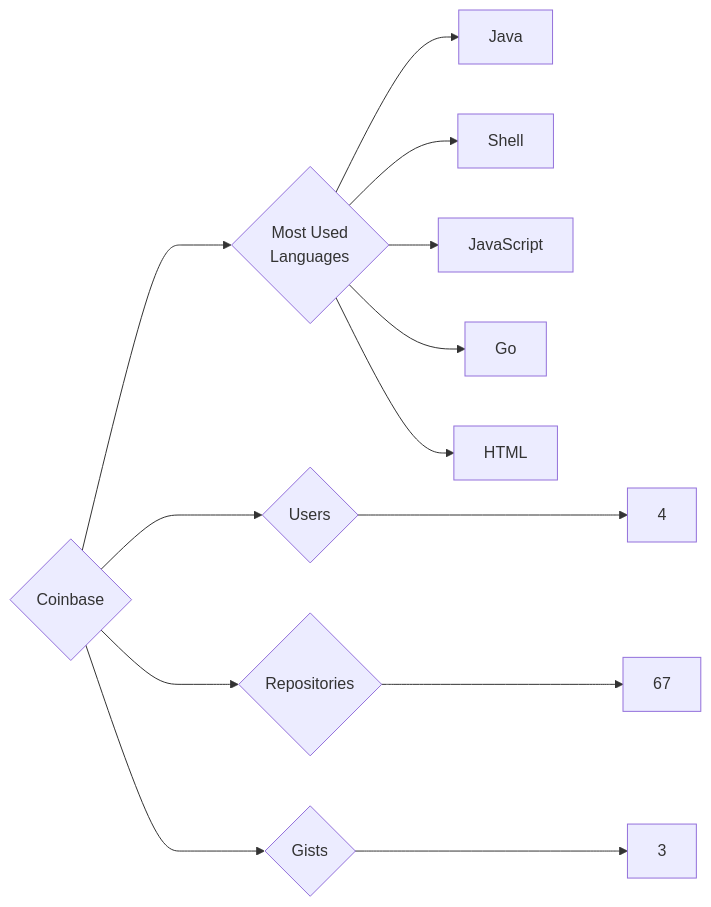
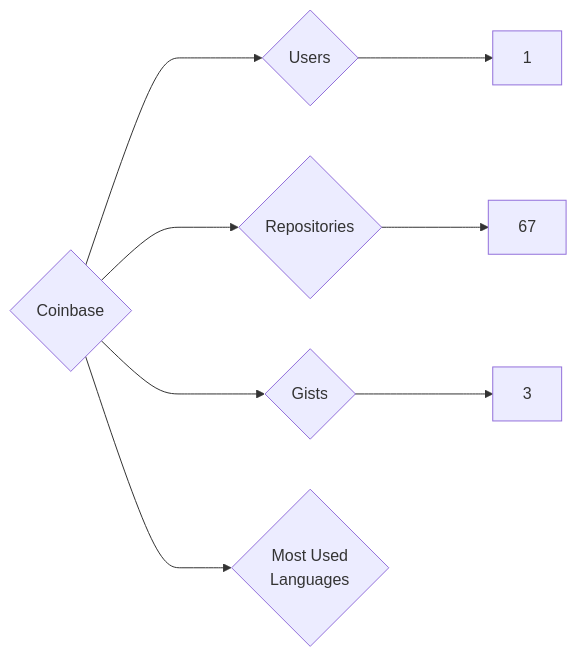
Before and after one commit to trickest/insiders: the diagram in targets/Coinbase/README.md, drawn with Mermaid. The commit also changed 933 other files, not shown here.

````diff
--- a/targets/Coinbase/README.md
+++ b/targets/Coinbase/README.md
@@ -3,13 +3,8 @@
 ```mermaid
 graph LR
 COMPANY_NAME{Coinbase}
-COMPANY_NAME ---> U{Users} ---> UN[4]
+COMPANY_NAME ---> U{Users} ---> UN[1]
 COMPANY_NAME ---> R{Repositories} ---> RN[67]
 COMPANY_NAME ---> G{Gists} ---> GN[3]
 COMPANY_NAME ---> ML{Most Used<br>Languages}
-ML --> Java[Java]
-ML --> Shell[Shell]
-ML --> JavaScript[JavaScript]
-ML --> Go[Go]
-ML --> HTML[HTML]
 ```
````
